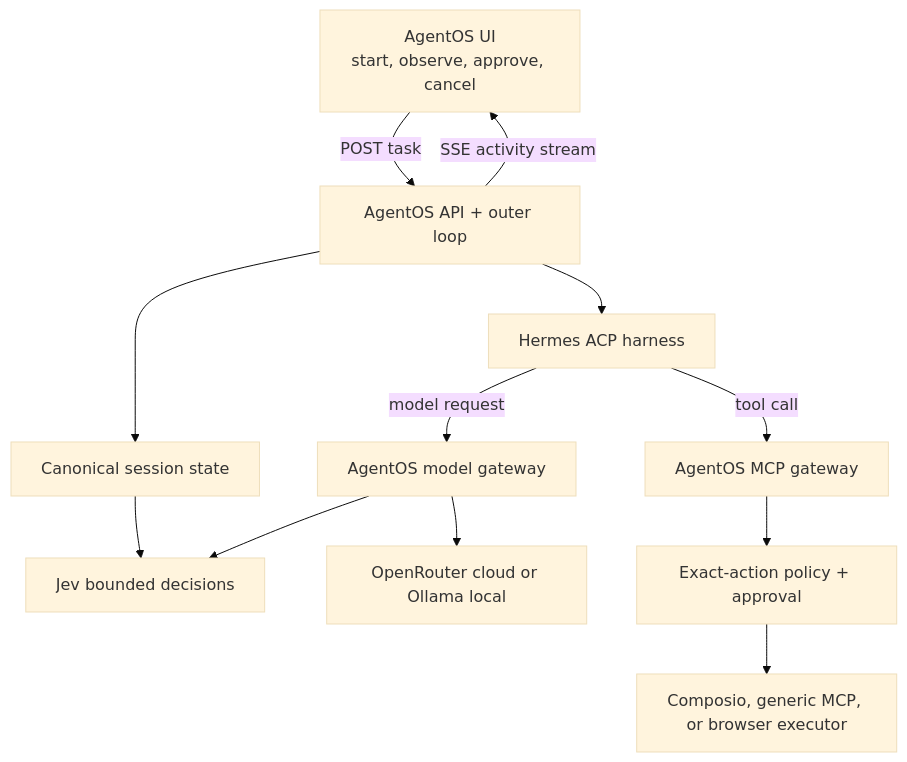
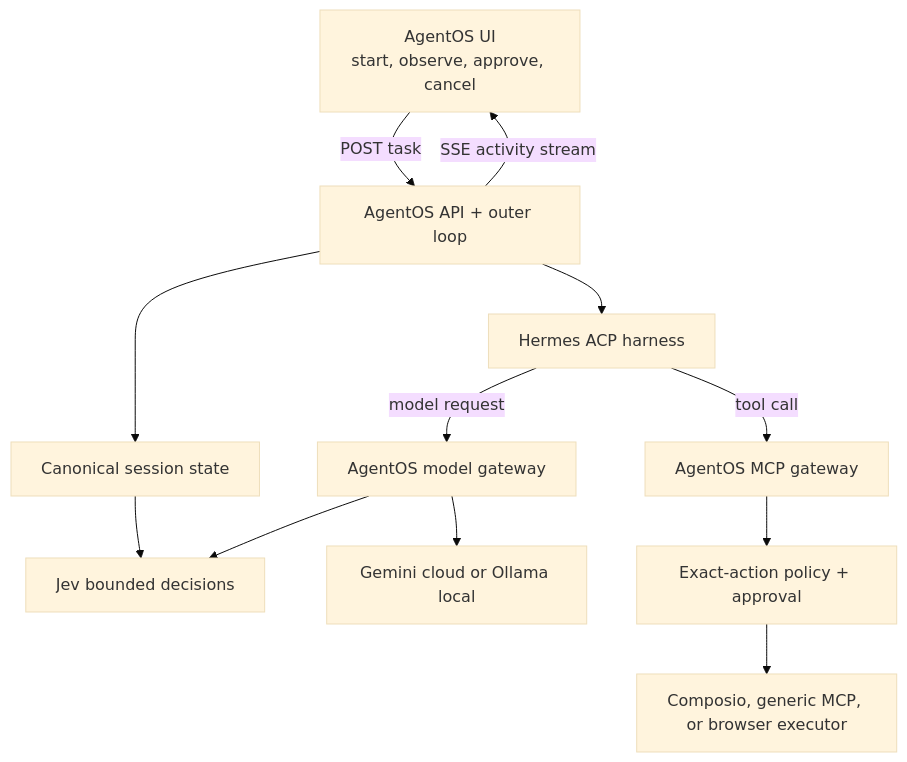
One commit to JuanCavallin/HTN-2026 changed the diagram in docs/frontend-handoff.md. Above: the diagram before and after it, drawn with Mermaid (base theme). The commit also changed other lines of this file and 41 other files, not shown here.

````diff
--- a/docs/frontend-handoff.md
+++ b/docs/frontend-handoff.md
@@ -14,14 +14,14 @@
 ```mermaid
 flowchart TD
   UI["AgentOS UI\nstart, observe, approve, cancel"] -->|"POST task"| API["AgentOS API + outer loop"]
   API --> STATE["Canonical session state"]
   API --> HERMES["Hermes ACP harness"]
   HERMES -->|"model request"| MODEL["AgentOS model gateway"]
   MODEL --> JEV["Jev bounded decisions"]
-  MODEL --> ROUTES["OpenRouter cloud or Ollama local"]
+  MODEL --> ROUTES["Gemini cloud or Ollama local"]
   HERMES -->|"tool call"| MCP["AgentOS MCP gateway"]
   MCP --> POLICY["Exact-action policy + approval"]
   POLICY --> TOOLS["Composio, generic MCP, or browser executor"]
   API -->|"SSE activity stream"| UI
   STATE --> JEV
 ```
````
